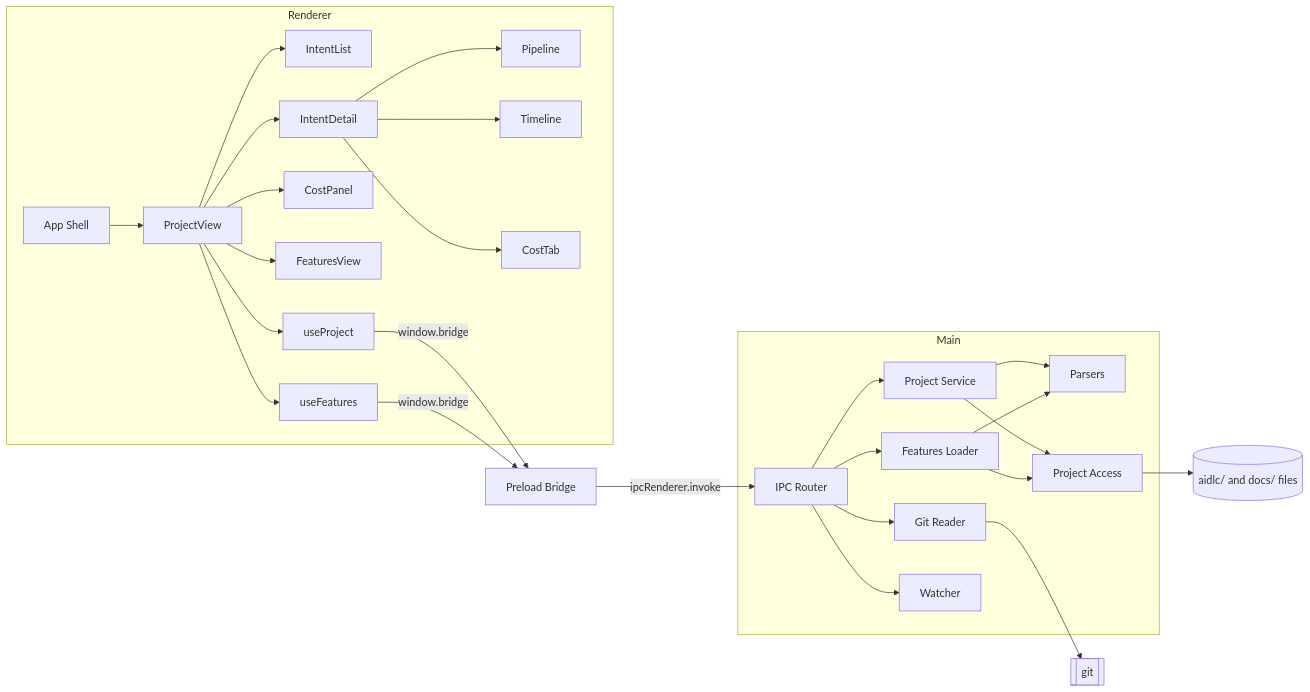
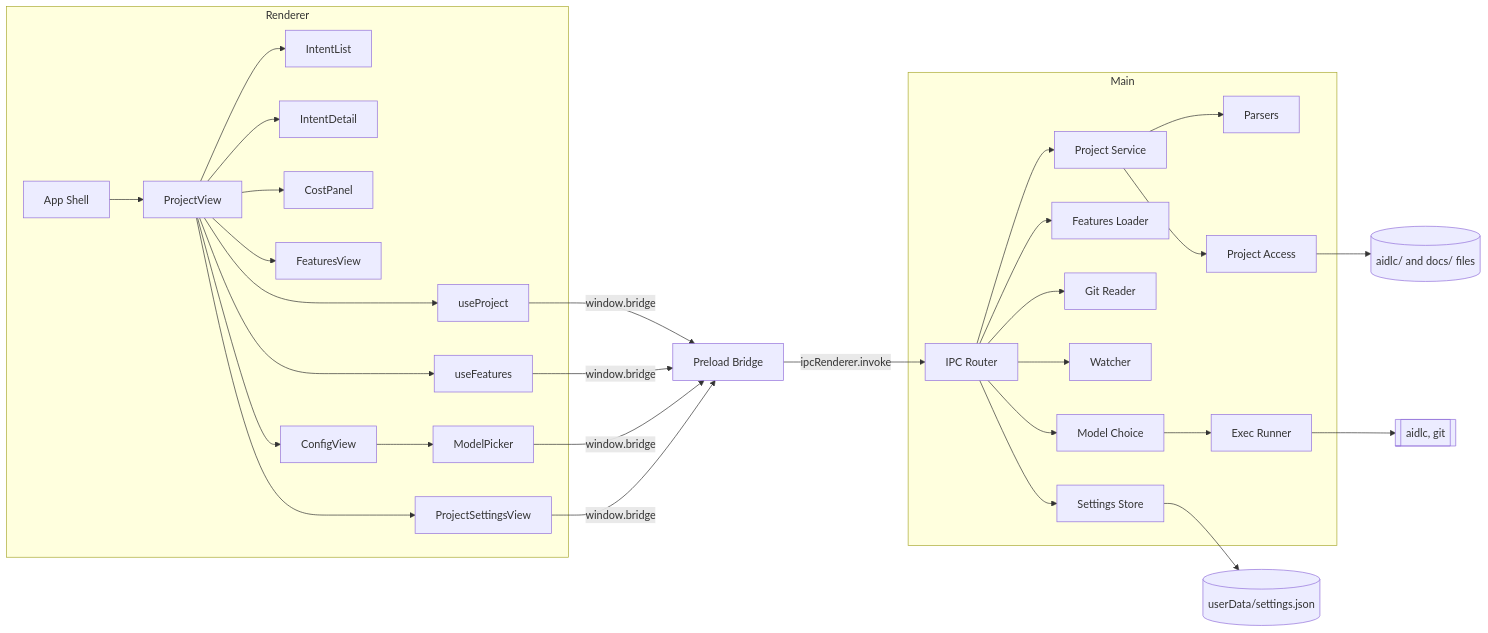
The first of 4 diagrams in aidlc/spaces/default/codekb/aidlc-dash/architecture.md (tochman/ai-dlc-thadeus), drawn with Mermaid before and after one commit. The commit also changed other lines of this file and 54 other files, not shown here.

````diff
--- a/aidlc/spaces/default/codekb/aidlc-dash/architecture.md
+++ b/aidlc/spaces/default/codekb/aidlc-dash/architecture.md
@@ -22,30 +22,34 @@
 ```mermaid
 flowchart LR
   subgraph Renderer
     App[App Shell] --> PV[ProjectView]
     PV --> IL[IntentList]
     PV --> ID[IntentDetail]
     PV --> CP[CostPanel]
     PV --> FV[FeaturesView]
-    ID --> PL[Pipeline]
-    ID --> TL[Timeline]
-    ID --> CT[CostTab]
+    PV --> CV[ConfigView]
+    PV --> PSV[ProjectSettingsView]
+    CV --> MP[ModelPicker]
     PV --> UP[useProject]
     PV --> UF[useFeatures]
   end
   UP -->|window.bridge| PB[Preload Bridge]
   UF -->|window.bridge| PB
+  MP -->|window.bridge| PB
+  PSV -->|window.bridge| PB
   PB -->|ipcRenderer.invoke| IPC[IPC Router]
   subgraph Main
     IPC --> PS[Project Service]
     PS --> PR[Parsers]
     PS --> PA[Project Access]
     IPC --> FL[Features Loader]
-    FL --> PR
     IPC --> GIT[Git Reader]
     IPC --> W[Watcher]
+    IPC --> MC[Model Choice]
+    IPC --> SS[Settings Store]
+    MC --> EX[Exec Runner]
   end
   PA --> FS[(aidlc/ and docs/ files)]
-  FL --> PA
-  GIT --> CLI[[git]]
+  SS --> UD[(userData/settings.json)]
+  EX --> CLI[[aidlc, git]]
 ```
````
